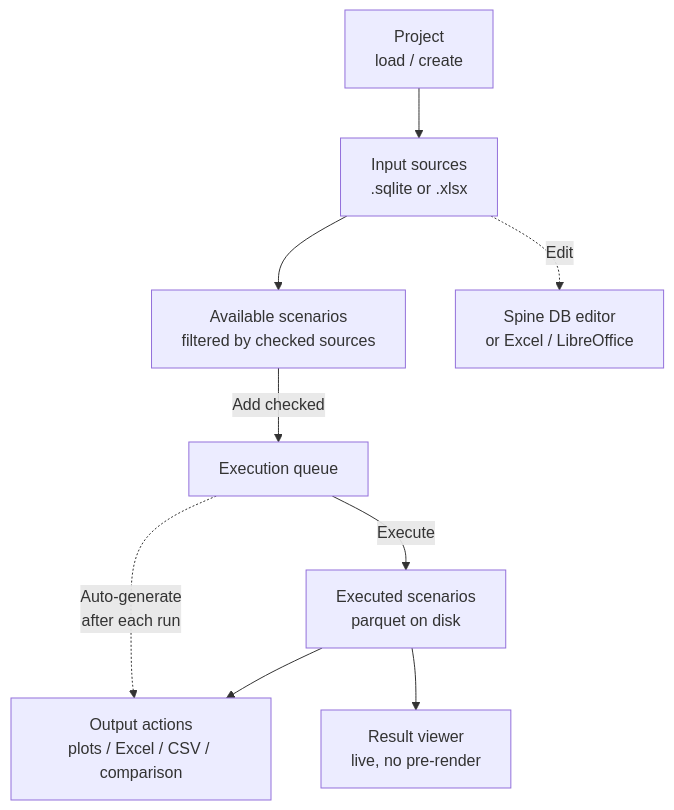
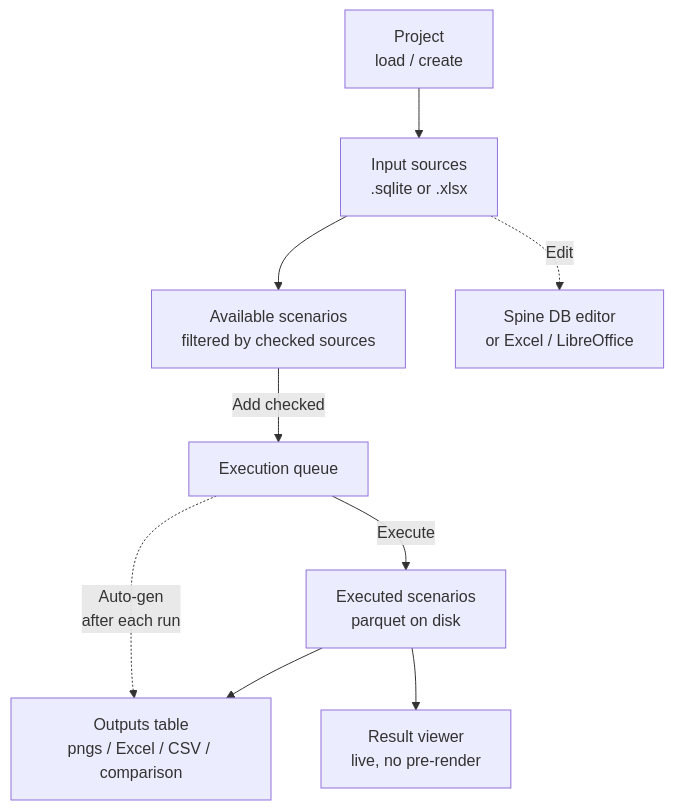
One commit to irena-flextool/flextool changed the diagram in docs/flextool_gui_interface.md. Above: the diagram before and after it, drawn with Mermaid. The commit also changed other lines of this file, not shown here.

````diff
--- a/docs/flextool_gui_interface.md
+++ b/docs/flextool_gui_interface.md
@@ -15,19 +15,19 @@
 ```mermaid
 flowchart TD
     P[Project<br/>load / create]
     I[Input sources<br/>.sqlite or .xlsx]
     A[Available scenarios<br/>filtered by checked sources]
     Q[Execution queue]
     X[Executed scenarios<br/>parquet on disk]
-    O[Output actions<br/>plots / Excel / CSV / comparison]
+    O[Outputs table<br/>pngs / Excel / CSV / comparison]
     R[Result viewer<br/>live, no pre-render]
 
     P --> I --> A
     A -- Add checked --> Q
     Q -- Execute --> X
     X --> O
     X --> R
 
     I -. Edit .-> E[Spine DB editor<br/>or Excel / LibreOffice]
-    Q -. Auto-generate<br/>after each run .-> O
+    Q -. Auto-gen<br/>after each run .-> O
 ```
````
